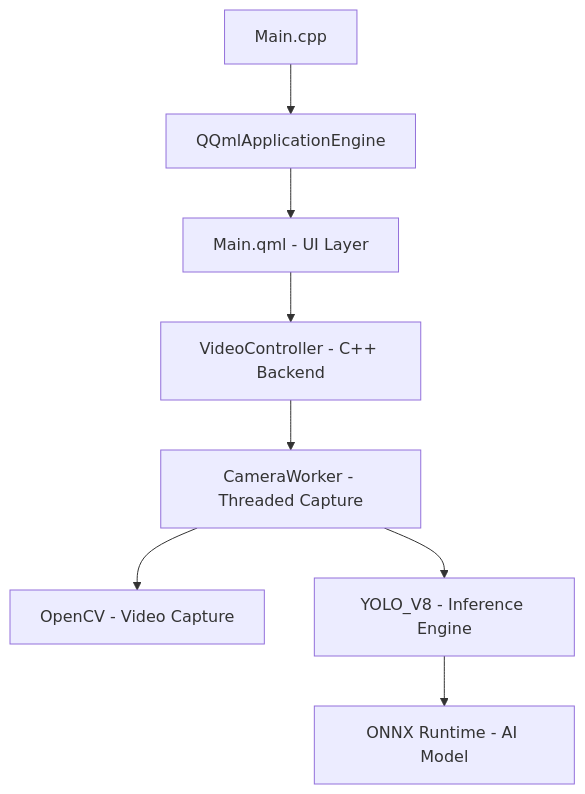
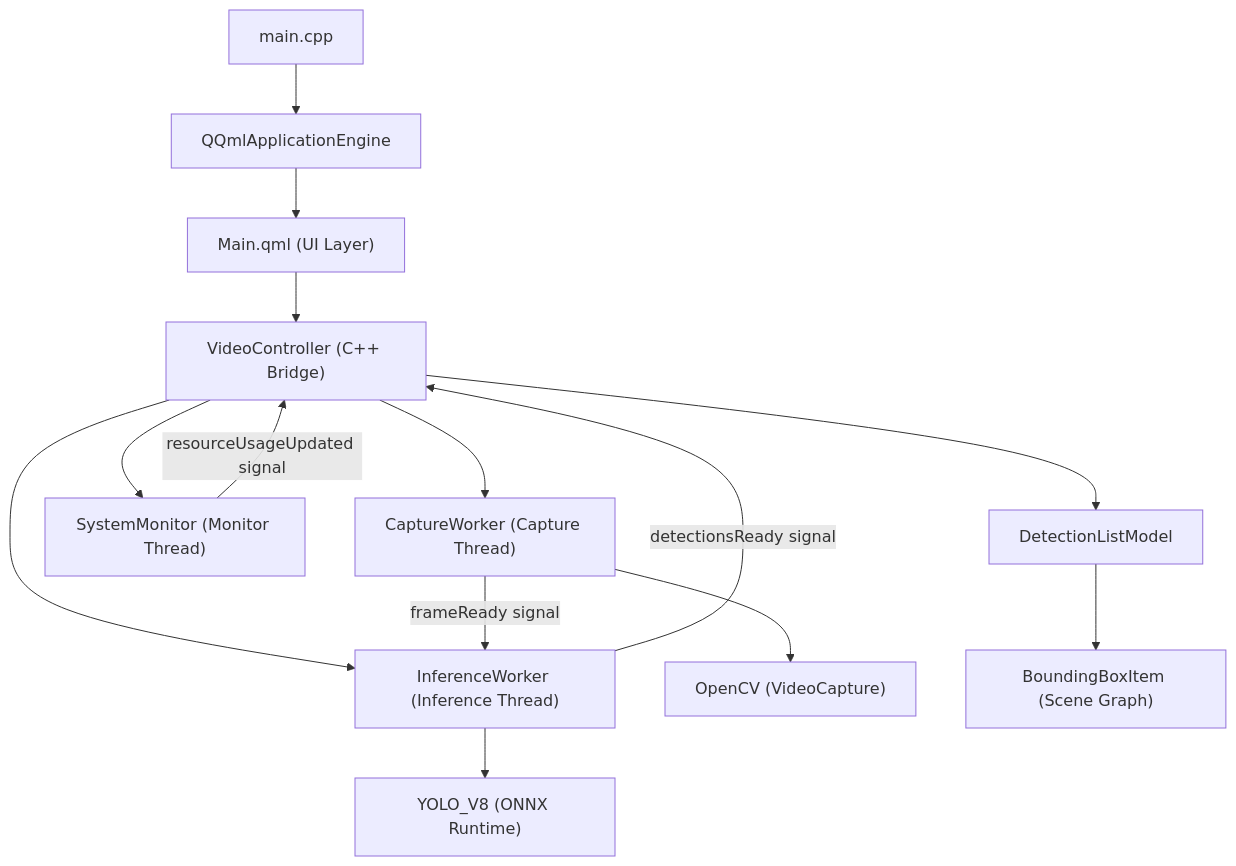
The diagram in docs/project-structure.md (andhiyaulhaq/QtQML-YOLOApp), drawn with Mermaid before and after one commit. The commit also changed other lines of this file and 6 other files, not shown here.

First line of the commit message:
docs: update architecture and design specs

````diff
--- a/docs/project-structure.md
+++ b/docs/project-structure.md
@@ -7,10 +7,16 @@
 ```mermaid
 graph TD
-  A[Main.cpp] --> B[QQmlApplicationEngine]
-  B --> C[Main.qml - UI Layer]
-  C --> D[VideoController - C++ Backend]
-  D --> E[CameraWorker - Threaded Capture]
-  E --> F[OpenCV - Video Capture]
-  E --> G[YOLO_V8 - Inference Engine]
-  G --> H[ONNX Runtime - AI Model]
+  A[main.cpp] --> B[QQmlApplicationEngine]
+  B --> C["Main.qml (UI Layer)"]
+  C --> D["VideoController (C++ Bridge)"]
+  D --> E["CaptureWorker (Capture Thread)"]
+  D --> F["InferenceWorker (Inference Thread)"]
+  D --> G["SystemMonitor (Monitor Thread)"]
+  E --> H["OpenCV (VideoCapture)"]
+  E -->|frameReady signal| F
+  F --> I["YOLO_V8 (ONNX Runtime)"]
+  F -->|detectionsReady signal| D
+  D --> J["DetectionListModel"]
+  J --> K["BoundingBoxItem (Scene Graph)"]
+  G -->|resourceUsageUpdated signal| D
 ```
````
